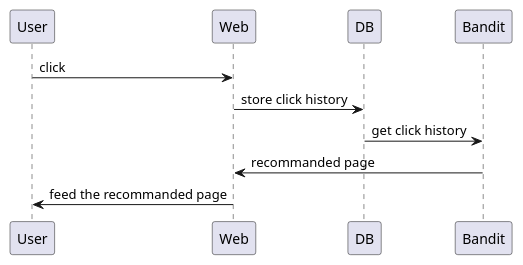
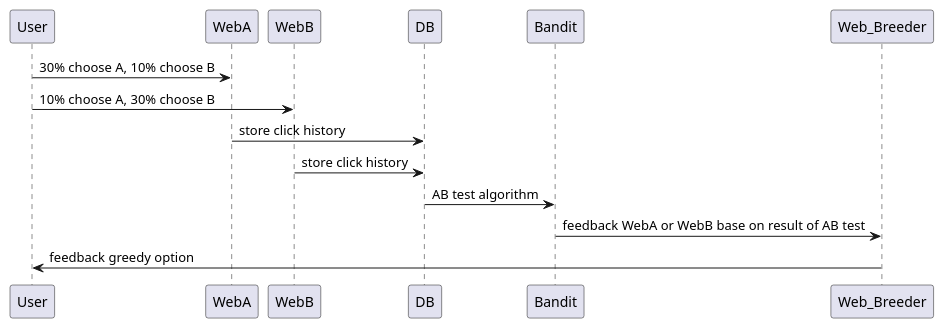
The diagram in 20220504_homework/README.md (blankaII/my_bandit_test), drawn with PlantUML before and after one commit. The commit also changed other lines of this file, not shown here.

```diff
--- a/20220504_homework/README.md
+++ b/20220504_homework/README.md
@@ -28,7 +34,9 @@
 @startuml
-User -> Web : click
-Web -> DB : store click history
-DB -> Bandit : get click history
-Bandit -> Web : recommanded page
-Web -> User : feed the recommanded page
+User -> WebA : 30% choose A, 10% choose B
+User -> WebB : 10% choose A, 30% choose B
+WebA -> DB : store click history
+WebB -> DB : store click history
+DB -> Bandit : AB test algorithm
+Bandit -> Web_Breeder : feedback WebA or WebB base on result of AB test
+Web_Breeder -> User : feedback greedy option
 @enduml
```
